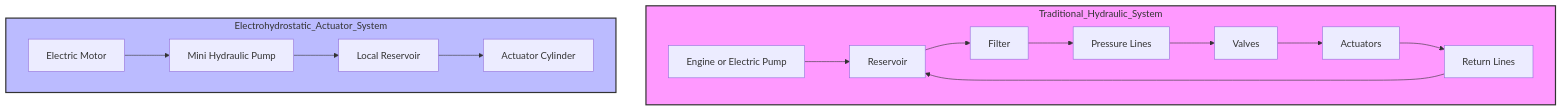
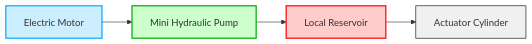
One commit to Robbbo-T/Ampel360XWLRGA changed the tenth of 13 diagrams in FTC_27-00-00-00-000 – ATA_27-Flight-Controls.md. Above: the diagram before and after it, drawn with Mermaid. The commit also changed other lines of this file, not shown here.

````diff
--- a/FTC_27-00-00-00-000 – ATA_27-Flight-Controls.md
+++ b/FTC_27-00-00-00-000 – ATA_27-Flight-Controls.md
@@ -3903,23 +416,10 @@
 ```mermaid
-flowchart TB
-    subgraph Traditional_Hydraulic_System
-        direction LR
-        PUMP["Engine or Electric Pump"] --> RESERVOIR
-        RESERVOIR["Reservoir"] --> FILTER["Filter"]
-        FILTER --> PRESSURE_LINES["Pressure Lines"]
-        PRESSURE_LINES --> VALVES["Valves"]
-        VALVES --> ACTUATORS["Actuators"]
-        ACTUATORS --> RETURN_LINES["Return Lines"]
-        RETURN_LINES --> RESERVOIR
-    end
-    
-    subgraph Electrohydrostatic_Actuator_System
-        direction LR
-        MOTOR["Electric Motor"] --> MINI_PUMP["Mini Hydraulic Pump"]
-        MINI_PUMP --> LOCAL_RESERVOIR["Local Reservoir"]
-        LOCAL_RESERVOIR --> ACTUATOR_CYLINDER["Actuator Cylinder"]
-    end
-    
-    style Traditional_Hydraulic_System fill:#f9f,stroke:#333,stroke-width:2px;
-    style Electrohydrostatic_Actuator_System fill:#bbf,stroke:#333,stroke-width:2px;
+graph LR
+    A[Electric Motor] --> B[Mini Hydraulic Pump]
+    B --> C[Local Reservoir]
+    C --> D[Actuator Cylinder]
+    style A fill:#cceeff,stroke:#00aaff,stroke-width:2px
+    style B fill:#ccffcc,stroke:#00aa00,stroke-width:2px
+    style C fill:#ffcccc,stroke:#ff0000,stroke-width:2px
+    style D fill:#f0f0f0,stroke:#000000,stroke-width:1px
 ```
````
